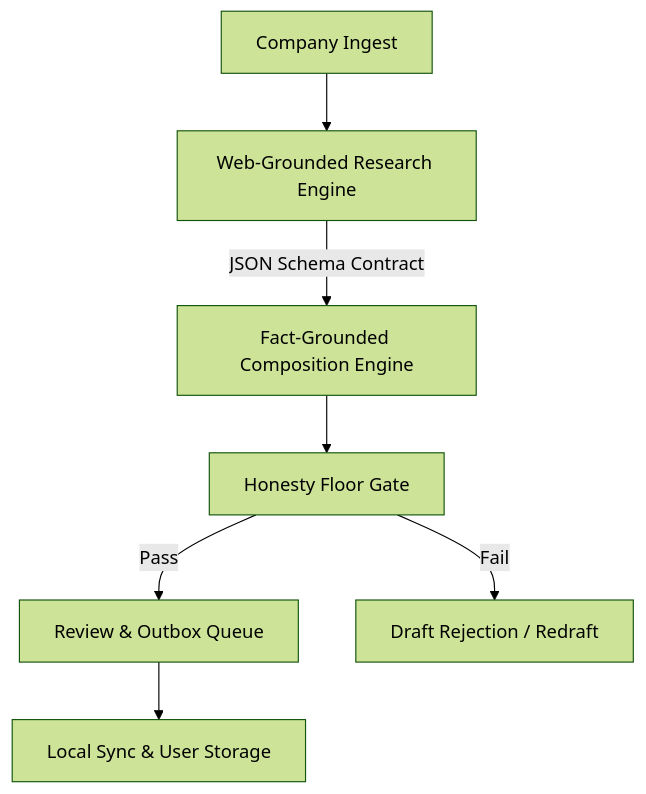
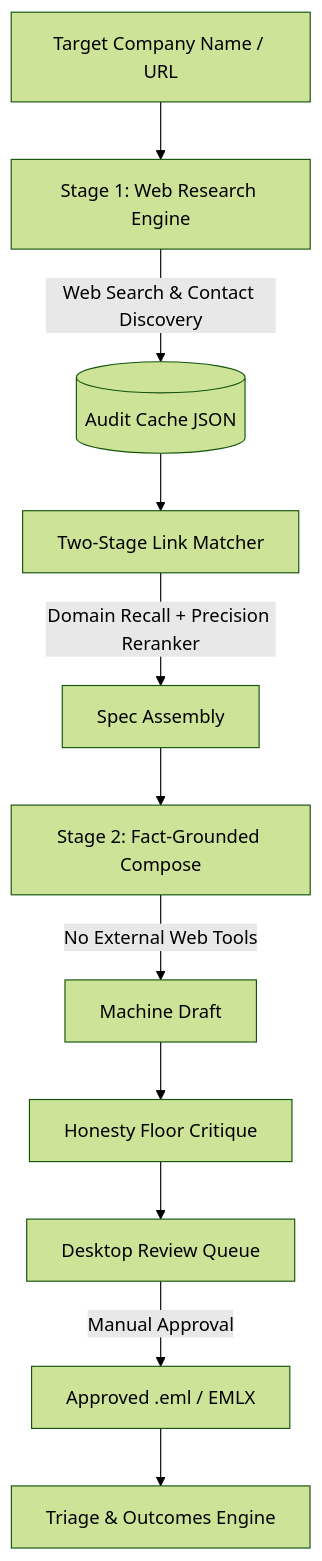
One commit to henryhorton19-web/Outreach-Wizz-Ard changed the diagram in README.md. Above: the diagram before and after it, drawn with Mermaid (forest theme). The commit also changed other lines of this file, not shown here.

Commit message:
docs: rewrite README.md with factual metrics, architecture diagram, and further reading

````diff
--- a/README.md
+++ b/README.md
@@ -17,9 +23,13 @@
 ```mermaid
 flowchart TD
-    A[Company Ingest] --> B[Web-Grounded Research Engine]
-    B -->|JSON Schema Contract| C[Fact-Grounded Composition Engine]
-    C --> D[Honesty Floor Gate]
-    D -->|Pass| E[Review & Outbox Queue]
-    D -->|Fail| F[Draft Rejection / Redraft]
-    E --> G[Local Sync & User Storage]
+    Target[Target Company Name / URL] --> Research[Stage 1: Web Research Engine]
+    Research -->|Web Search & Contact Discovery| Cache[(Audit Cache JSON)]
+    Cache --> LinkMatcher[Two-Stage Link Matcher]
+    LinkMatcher -->|Domain Recall + Precision Reranker| Spec[Spec Assembly]
+    Spec --> Compose[Stage 2: Fact-Grounded Compose]
+    Compose -->|No External Web Tools| Draft[Machine Draft]
+    Draft --> Critique[Honesty Floor Critique]
+    Critique --> ReviewQueue[Desktop Review Queue]
+    ReviewQueue -->|Manual Approval| Outbox[Approved .eml / EMLX]
+    Outbox --> Triage[Triage & Outcomes Engine]
 ```
````
